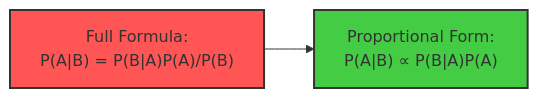
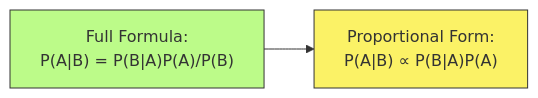
The fourth of 4 diagrams in C_3.md (Chaklader/part-of-speech-tagging), drawn with Mermaid before and after one commit. The commit also changed other lines of this file, not shown here.

````diff
--- a/C_3.md
+++ b/C_3.md
@@ -477,6 +485,7 @@
 ```mermaid
 flowchart LR
     A["Full Formula: \nP(A|B) = P(B|A)P(A)/P(B)"] --> B["Proportional Form: \nP(A|B) ∝ P(B|A)P(A)"]
-    style A fill:#ff5555,stroke:#333,stroke-width:2px
-    style B fill:#44cc44,stroke:#333,stroke-width:2px
+    style A fill:#BCFB89,stroke:#333,stroke-width:1px
+    style B fill:#FBF266,stroke:#333,stroke-width:1px
+
 ```
````
